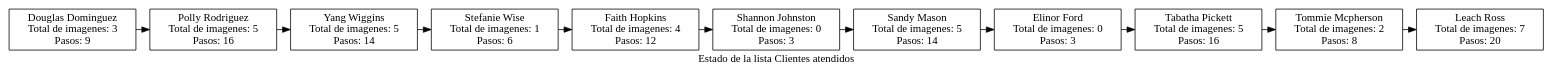
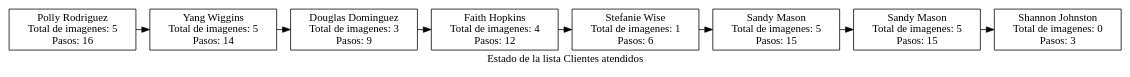
Before and after one commit to Kelly901/EDD_PROYECTO_FASE1_201900716: the diagram in [EDD]PROYECTO_FASE1_201900716/Proyecto1_Edd/atendidos.dot, drawn with Graphviz. The commit also changed 26 other files, not shown here.

```diff
--- a/[EDD]PROYECTO_FASE1_201900716/Proyecto1_Edd/atendidos.dot
+++ b/[EDD]PROYECTO_FASE1_201900716/Proyecto1_Edd/atendidos.dot
@@ -1,51 +1,39 @@
 digraph G{
 label="Estado de la lista Clientes atendidos";
 node[shape=box];
-n1283928880[label="Douglas Dominguez
+n791452441[label="Polly Rodriguez
+Total de imagenes: 5
+Pasos: 16"];
+n834600351[label="Yang Wiggins
+Total de imagenes: 5
+Pasos: 14"];
+n471910020[label="Douglas Dominguez
 Total de imagenes: 3
 Pasos: 9"];
-n295530567[label="Polly Rodriguez
-Total de imagenes: 5
-Pasos: 16"];
-n2003749087[label="Yang Wiggins
-Total de imagenes: 5
-Pasos: 14"];
-n1324119927[label="Stefanie Wise
+n531885035[label="Faith Hopkins
+Total de imagenes: 4
+Pasos: 12"];
+n1418481495[label="Stefanie Wise
 Total de imagenes: 1
 Pasos: 6"];
-n990368553[label="Faith Hopkins
-Total de imagenes: 4
-Pasos: 12"];
-n1096979270[label="Shannon Johnston
+n303563356[label="Sandy Mason
+Total de imagenes: 5
+Pasos: 15"];
+n135721597[label="Sandy Mason
+Total de imagenes: 5
+Pasos: 15"];
+n142257191[label="Shannon Johnston
 Total de imagenes: 0
 Pasos: 3"];
-n1078694789[label="Sandy Mason
-Total de imagenes: 5
-Pasos: 14"];
-n1831932724[label="Elinor Ford
-Total de imagenes: 0
-Pasos: 3"];
-n1747585824[label="Tabatha Pickett
-Total de imagenes: 5
-Pasos: 16"];
-n1023892928[label="Tommie Mcpherson
-Total de imagenes: 2
-Pasos: 8"];
-n558638686[label="Leach Ross
-Total de imagenes: 7
-Pasos: 20"];
 
 {rank=same;
-n1283928880->n295530567;
-n295530567->n2003749087;
-n2003749087->n1324119927;
-n1324119927->n990368553;
-n990368553->n1096979270;
-n1096979270->n1078694789;
-n1078694789->n1831932724;
-n1831932724->n1747585824;
-n1747585824->n1023892928;
-n1023892928->n558638686;
+n791452441->n834600351;
+n834600351->n471910020;
+n471910020->n531885035;
+n531885035->n1418481495;
+n1418481495->n303563356;
+n303563356->n135721597;
+n135721597->n142257191;
 
 }
 }
```
